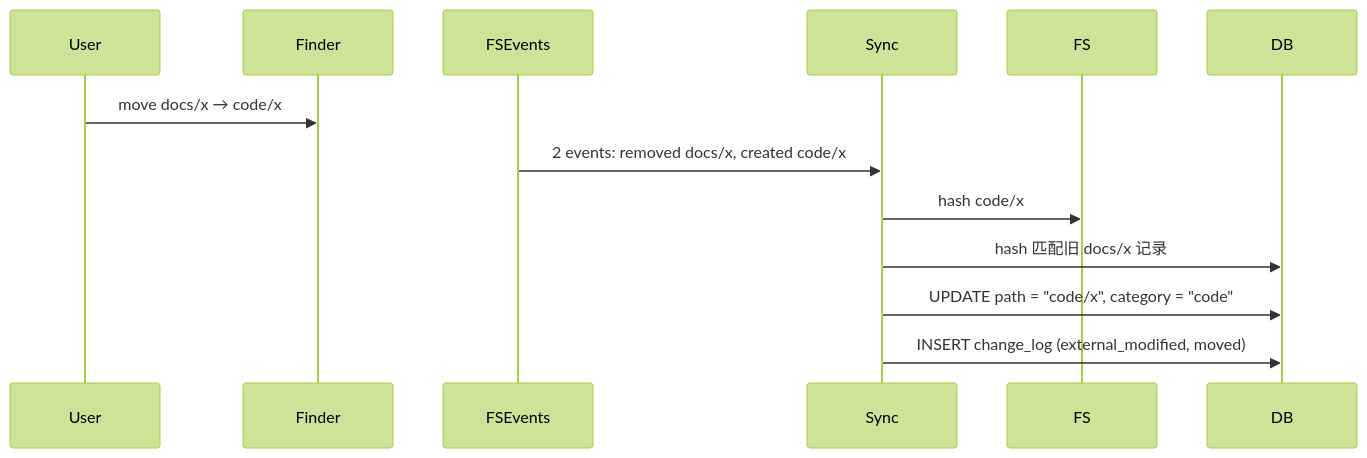
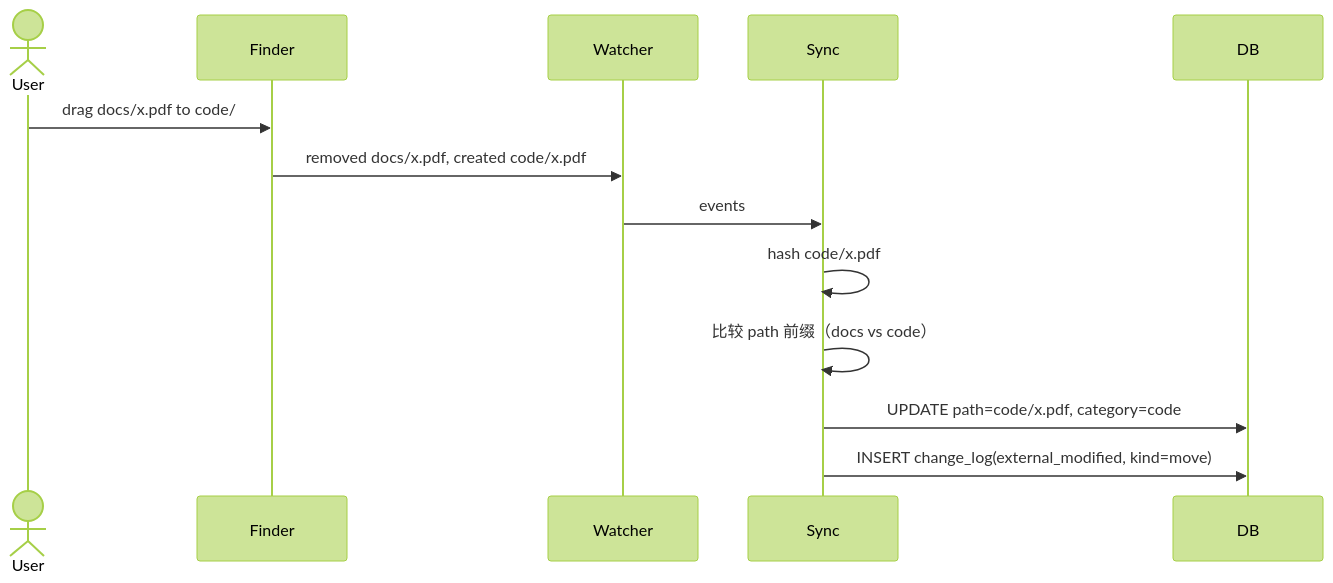
Before and after one commit to AreaSong/AreaMatrix: the fourth of 13 diagrams in docs/architecture/source-of-truth.md, drawn with Mermaid (forest theme). The commit also changed other lines of this file and 18 other files, not shown here.

````diff
--- a/docs/architecture/source-of-truth.md
+++ b/docs/architecture/source-of-truth.md
@@ -94,9 +151,14 @@
 ```mermaid
 sequenceDiagram
-    User->>Finder: move docs/x → code/x
-    FSEvents->>Sync: 2 events: removed docs/x, created code/x
-    Sync->>FS: hash code/x
-    Sync->>DB: hash 匹配旧 docs/x 记录
-    Sync->>DB: UPDATE path = "code/x", category = "code"
-    Sync->>DB: INSERT change_log (external_modified, moved)
+    actor User
+    participant Finder
+    participant Watcher
+    participant Sync
+    User->>Finder: drag docs/x.pdf to code/
+    Finder->>Watcher: removed docs/x.pdf, created code/x.pdf
+    Watcher->>Sync: events
+    Sync->>Sync: hash code/x.pdf
+    Sync->>Sync: 比较 path 前缀（docs vs code）
+    Sync->>DB: UPDATE path=code/x.pdf, category=code
+    Sync->>DB: INSERT change_log(external_modified, kind=move)
 ```
````
